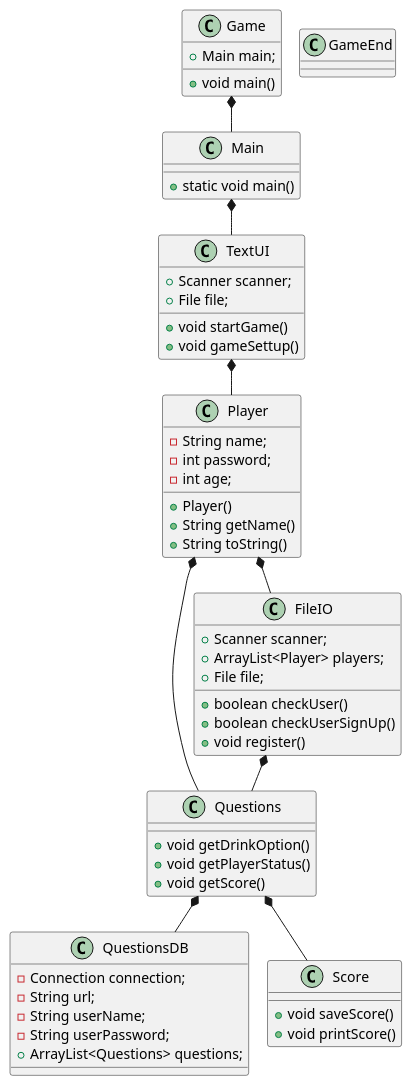
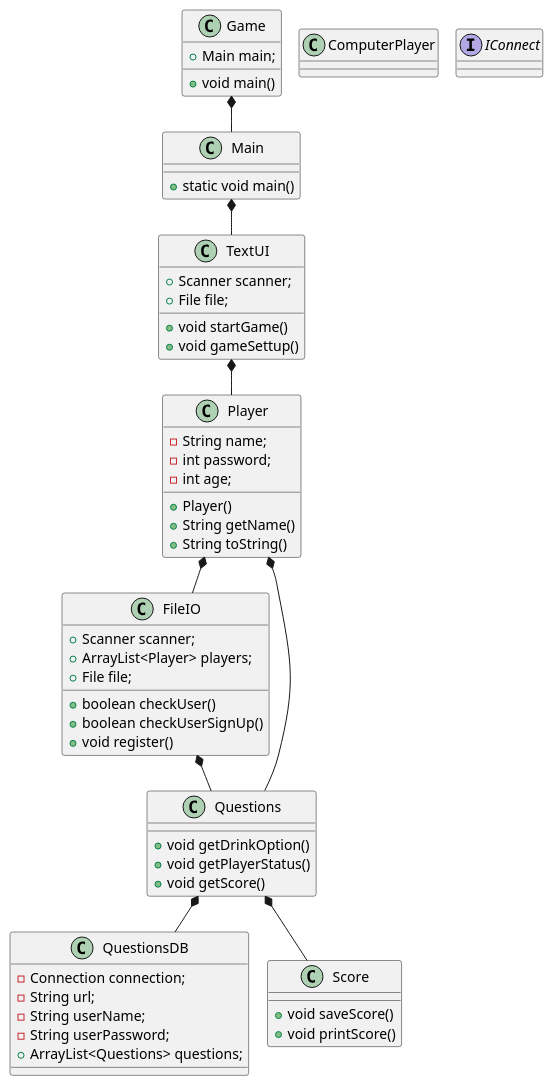
The diagram in src/Game.puml (MajaLHJensen/DrukSpil), drawn with PlantUML before and after one commit. The commit also changed 2 other files, not shown here.

Commit message:
added om UML

```diff
--- a/src/Game.puml
+++ b/src/Game.puml
@@ -1,60 +1,62 @@
 @startuml
 !pragma layout smetana
 class Game
 class Main
+class FileIO
 class TextUI
 class Player
+class ComputerPlayer
 class Questions
-class GameEnd
-class FileIO
 class QuestionsDB
+class Score
+interface IConnect
 
 Game *-- Main
 Main *-- TextUI
 TextUI *-- Player
 Player *-- Questions
 Questions *-- QuestionsDB
 Player *-- FileIO
 FileIO *-- Questions
 Questions *-- Score
 
 
 Game : + Main main;
 Game : + void main()
 
 Main : + static void main()
 
 TextUI : + Scanner scanner;
 TextUI : + File file;
 TextUI : + void startGame()
 TextUI : + void gameSettup()
 
 QuestionsDB : - Connection connection;
 QuestionsDB : - String url;
 QuestionsDB : - String userName;
 QuestionsDB : - String userPassword;
 QuestionsDB : + ArrayList<Questions> questions;
 
 Player : - String name;
 Player : - int password;
 Player : - int age;
 Player : + Player()
 Player : + String getName()
 Player : + String toString()
 
 FileIO : + Scanner scanner;
 FileIO : + ArrayList<Player> players;
 FileIO : + File file;
 FileIO : + boolean checkUser()
 FileIO : + boolean checkUserSignUp()
 FileIO : + void register()
 
 Questions : + void getDrinkOption()
 Questions : + void getPlayerStatus()
 Questions : + void getScore()
 
 Score : + void saveScore()
 Score : + void printScore()
 
 
 @enduml
```
